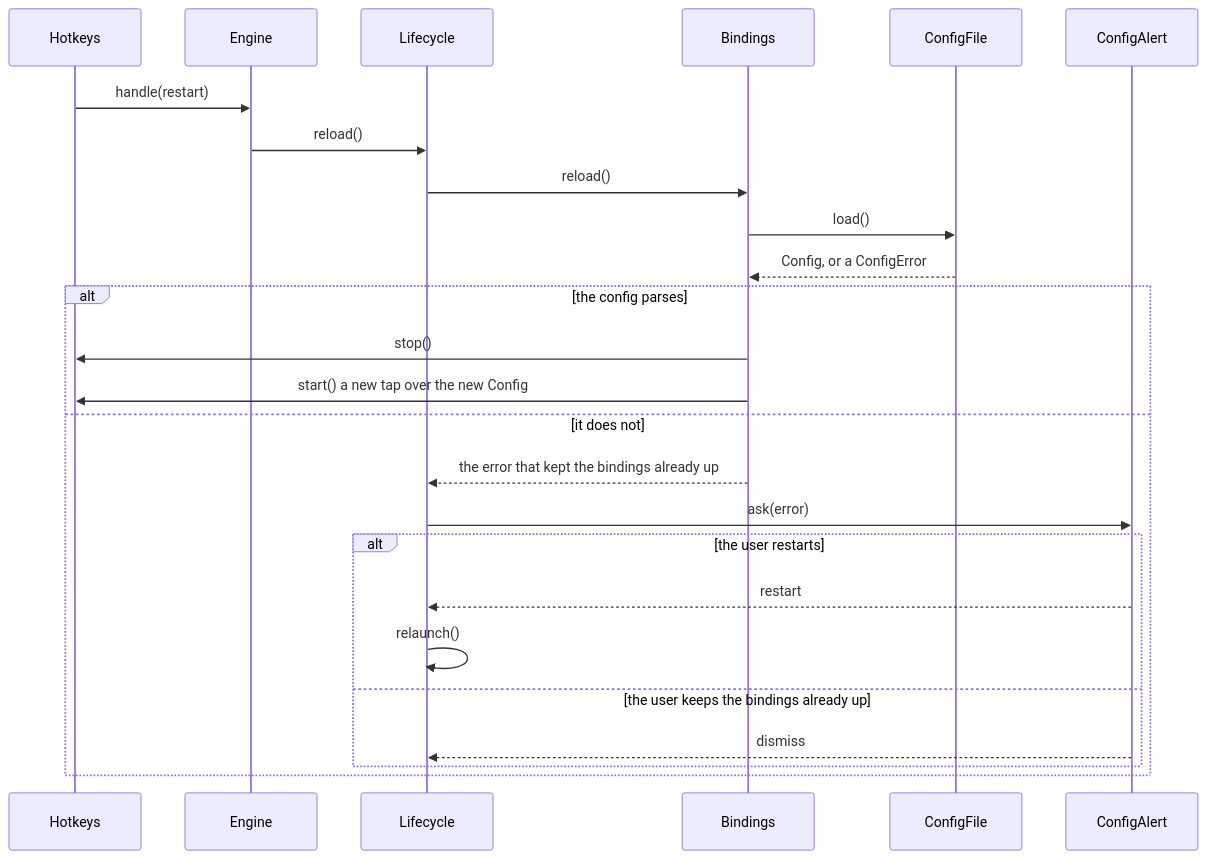
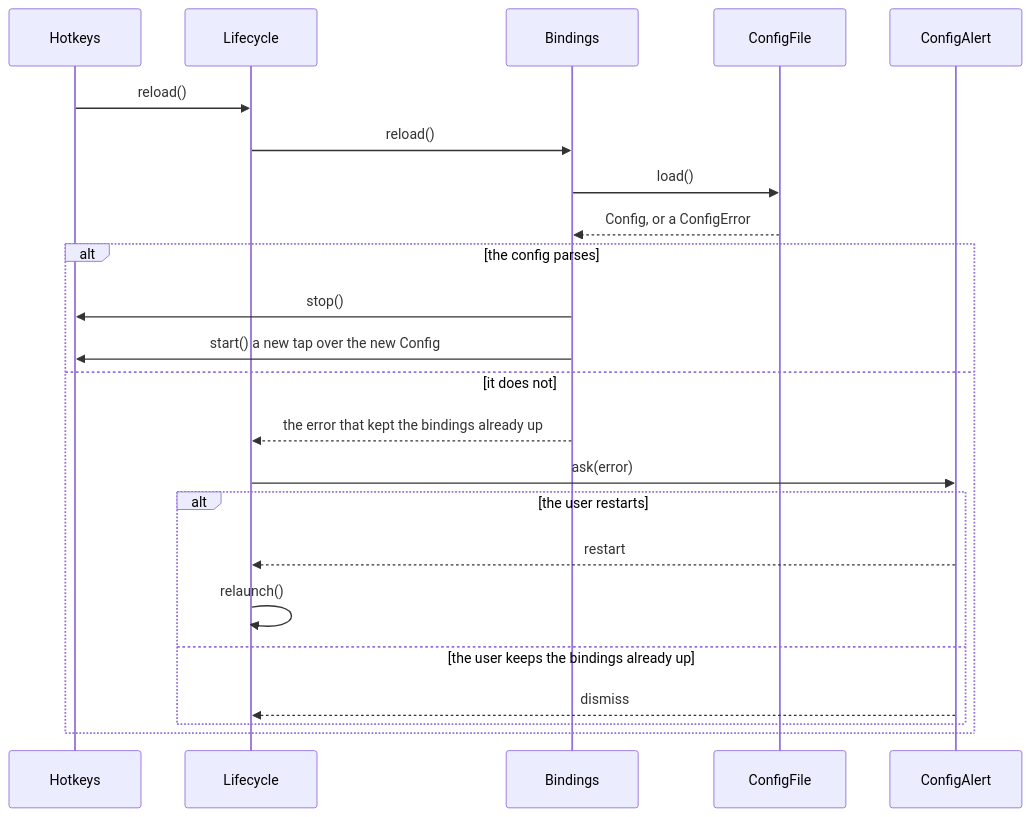
One commit to brennovich/ottowm changed diagram 14 of 19 in ARCHITECTURE.md. Above: the diagram before and after it, drawn with Mermaid. The commit also changed other lines of this file and 15 other files, not shown here.

First line of the commit message:
Keep lifecycle commands out of the Engine

````diff
--- a/ARCHITECTURE.md
+++ b/ARCHITECTURE.md
@@ -348,21 +349,20 @@
 ```mermaid
 sequenceDiagram
-    Hotkeys->>Engine: handle(restart)
-    Engine->>Lifecycle: reload()
+    Hotkeys->>Lifecycle: reload()
     Lifecycle->>Bindings: reload()
     Bindings->>ConfigFile: load()
     ConfigFile-->>Bindings: Config, or a ConfigError
     alt the config parses
         Bindings->>Hotkeys: stop()
         Bindings->>Hotkeys: start() a new tap over the new Config
     else it does not
         Bindings-->>Lifecycle: the error that kept the bindings already up
         Lifecycle->>ConfigAlert: ask(error)
         alt the user restarts
             ConfigAlert-->>Lifecycle: restart
             Lifecycle->>Lifecycle: relaunch()
         else the user keeps the bindings already up
             ConfigAlert-->>Lifecycle: dismiss
         end
     end
 ```
````
